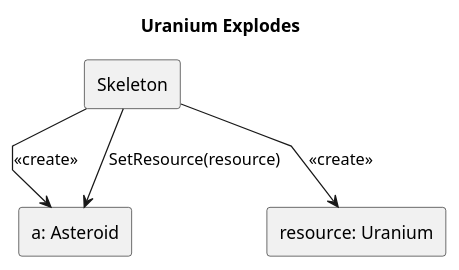
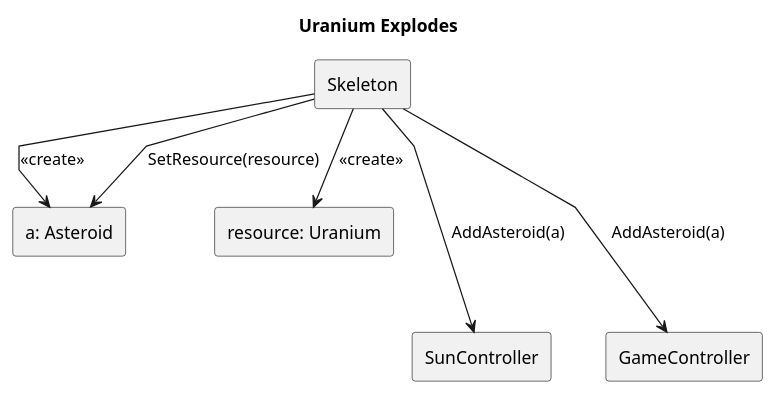
Before and after one commit to triszt4n/projlab_holy_oil: the diagram in uml/comm_uranium_explodes.plantuml, drawn with PlantUML.

Commit message:
The greatest glory in living lies not in never falling, but in rising every time we fall

```diff
--- a/uml/comm_uranium_explodes.plantuml
+++ b/uml/comm_uranium_explodes.plantuml
@@ -1,18 +1,24 @@
 @startuml Uranium explodes
 
 title Uranium Explodes
 
 skinparam Linetype polyline
 
 rectangle "Skeleton" as c
 rectangle "a: Asteroid" as a
 rectangle "resource: Uranium" as r
 
+rectangle "SunController" as sun
+rectangle "GameController" as game
 
 
- c --> a : "<<create>>"
- c --> r : <<create>>
- c --> a : SetResource(resource)
 
+c --> a : "<<create>>"
+c --> r : <<create>>
+c --> a : SetResource(resource)
+
+c ---> sun : AddAsteroid(a)
+
+c ---> game: AddAsteroid(a)
 
 @enduml
```
